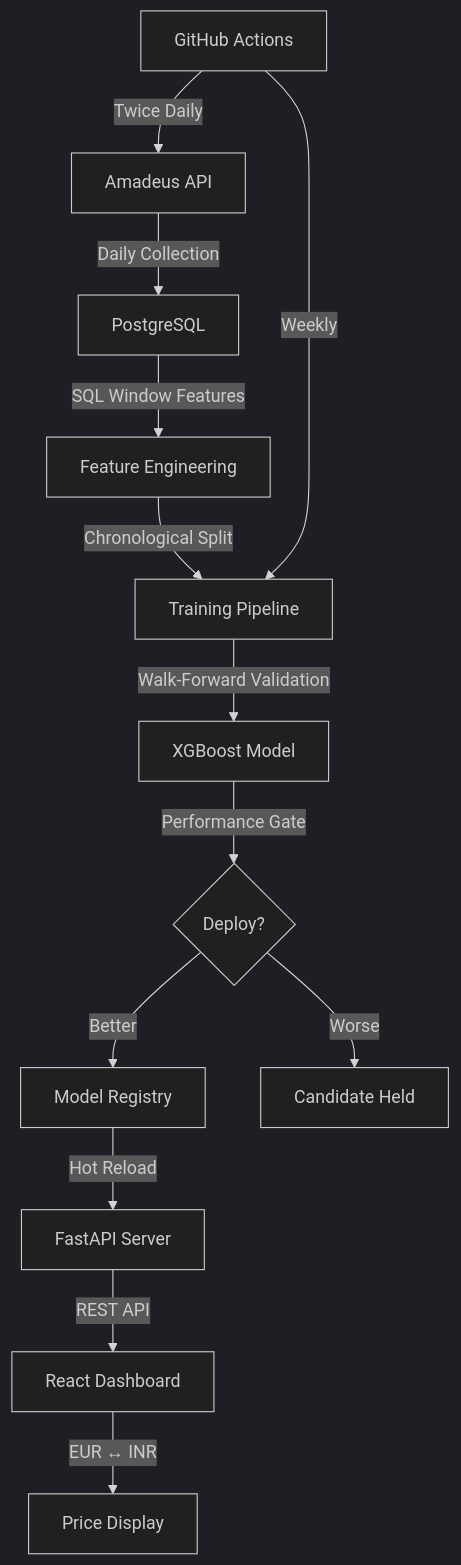
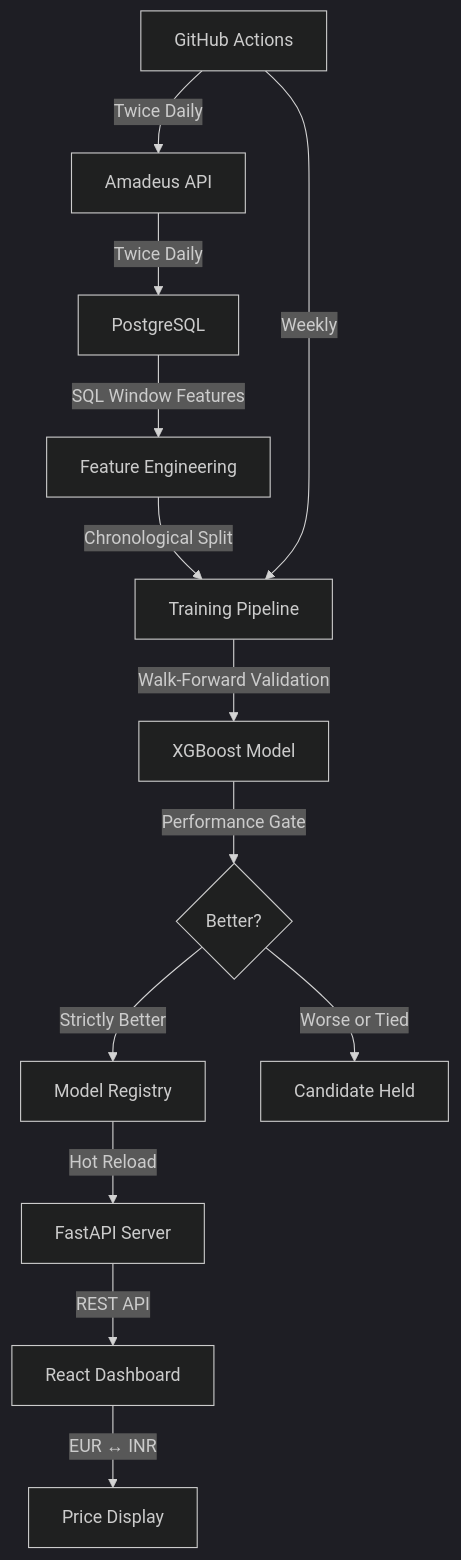
Before and after one commit to Dheeraj-reddy-palle/iFly: the diagram in README.md, drawn with Mermaid (dark theme). The commit also changed other lines of this file and 1 other file, not shown here.

````diff
--- a/README.md
+++ b/README.md
@@ -14,16 +52,16 @@
 ```mermaid
 graph TD
-    A[Amadeus API] -->|Daily Collection| B[PostgreSQL]
+    A[Amadeus API] -->|Twice Daily| B[PostgreSQL]
     B -->|SQL Window Features| C[Feature Engineering]
     C -->|Chronological Split| D[Training Pipeline]
     D -->|Walk-Forward Validation| E[XGBoost Model]
-    E -->|Performance Gate| F{Deploy?}
-    F -->|Better| G[Model Registry]
-    F -->|Worse| H[Candidate Held]
+    E -->|Performance Gate| F{Better?}
+    F -->|Strictly Better| G[Model Registry]
+    F -->|Worse or Tied| H[Candidate Held]
     G -->|Hot Reload| I[FastAPI Server]
     I -->|REST API| J[React Dashboard]
     J -->|EUR ↔ INR| K[Price Display]
     
     L[GitHub Actions] -->|Weekly| D
     L -->|Twice Daily| A
 ```
````
